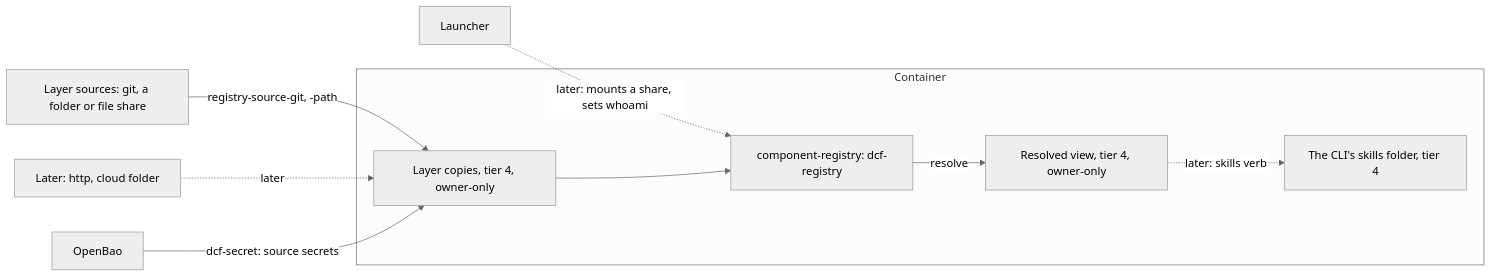
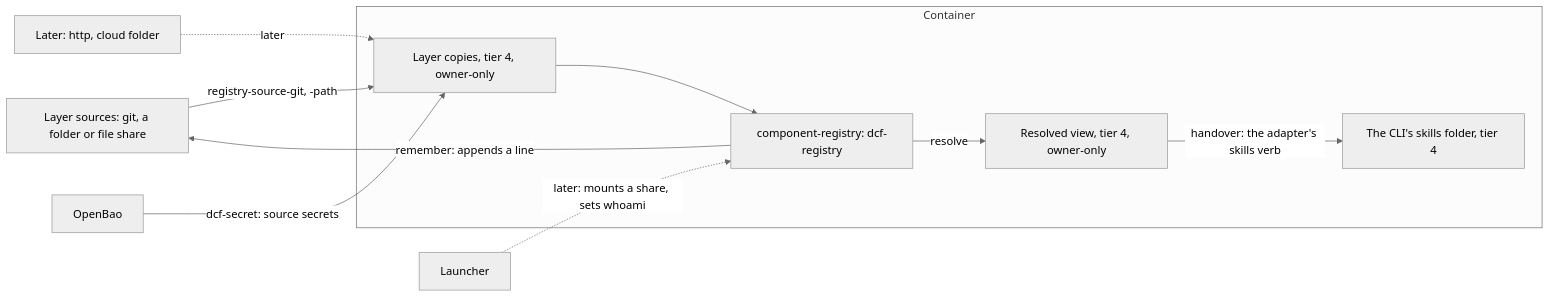
The eighth of 8 diagrams in docs/architecture/data-flows.md (nabil-becker/devcontainer-features), drawn with Mermaid (neutral theme) before and after one commit. The commit also changed other lines of this file and 9 other files, not shown here.

First line of the commit message:
docs: ADR 0064, the skills verb in the CLI contract, the matrix row and the slice-2 architecture deltas (component-registry-build)

````diff
--- a/docs/architecture/data-flows.md
+++ b/docs/architecture/data-flows.md
@@ -276,20 +277,21 @@
 ```mermaid
 flowchart LR
   external-sources["Layer sources: git, a folder or file share"]
   external-http["Later: http, cloud folder"]
   master-of-secrets["OpenBao"]
   subgraph external-zone-ct["Container"]
     component-registry["component-registry: dcf-registry"]
     external-copies["Layer copies, tier 4, owner-only"]
     external-view["Resolved view, tier 4, owner-only"]
     external-cli-skills["The CLI's skills folder, tier 4"]
   end
   launcher["Launcher"]
   external-sources -->|registry-source-git, -path| external-copies
   external-http -.->|later| external-copies
   master-of-secrets -->|dcf-secret: source secrets| external-copies
   launcher -.->|later: mounts a share, sets whoami| component-registry
   external-copies --> component-registry
   component-registry -->|resolve| external-view
-  external-view -.->|later: skills verb| external-cli-skills
+  external-view -->|handover: the adapter's skills verb| external-cli-skills
+  component-registry -->|remember: appends a line| external-sources
 ```
````
